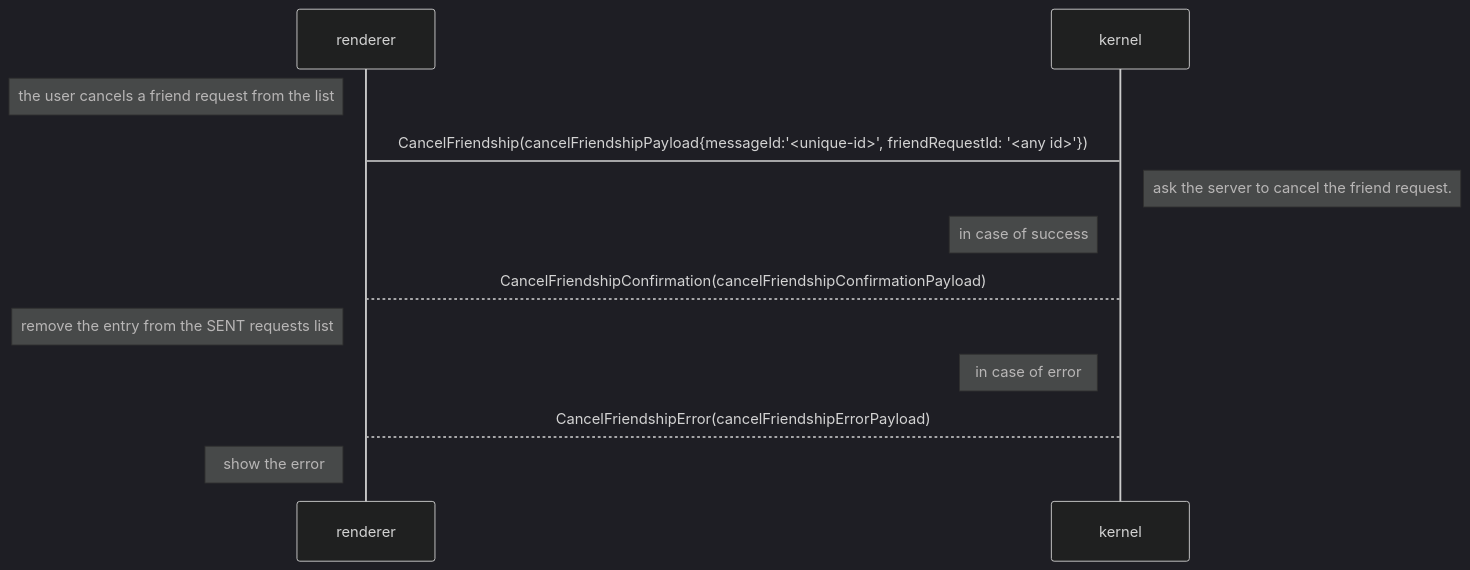
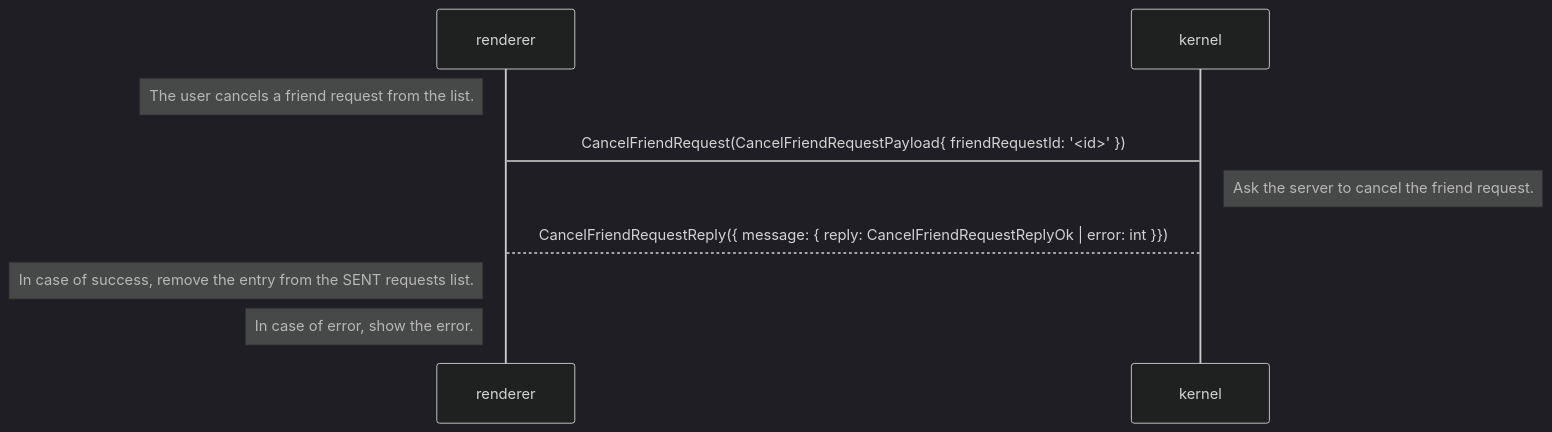
Before and after one commit to decentraland/adr: the second of 5 diagrams in content/ADR-137-new-friend-request.md, drawn with Mermaid (dark theme). The commit also changed other lines of this file, not shown here.

````diff
--- a/content/ADR-137-new-friend-request.md
+++ b/content/ADR-137-new-friend-request.md
@@ -81,15 +78,12 @@
 ```mermaid
 sequenceDiagram
   participant renderer
   participant kernel
   
-note left of renderer: the user cancels a friend request from the list
-renderer->kernel: CancelFriendship(cancelFriendshipPayload{messageId:'<unique-id>', friendRequestId: '<any id>'})
-note right of kernel: ask the server to cancel the friend request.
-note left of kernel: in case of success
-kernel-->renderer: CancelFriendshipConfirmation(cancelFriendshipConfirmationPayload)
-note left of renderer: remove the entry from the SENT requests list
-note left of kernel: in case of error
-kernel-->renderer: CancelFriendshipError(cancelFriendshipErrorPayload)
-note left of renderer: show the error
+note left of renderer: The user cancels a friend request from the list.
+renderer->kernel: CancelFriendRequest(CancelFriendRequestPayload{ friendRequestId: '<id>' })
+note right of kernel: Ask the server to cancel the friend request.
+kernel-->renderer: CancelFriendRequestReply({ message: { reply: CancelFriendRequestReplyOk | error: int }})
+note left of renderer: In case of success, remove the entry from the SENT requests list.
+note left of renderer: In case of error, show the error.
 ```
````
